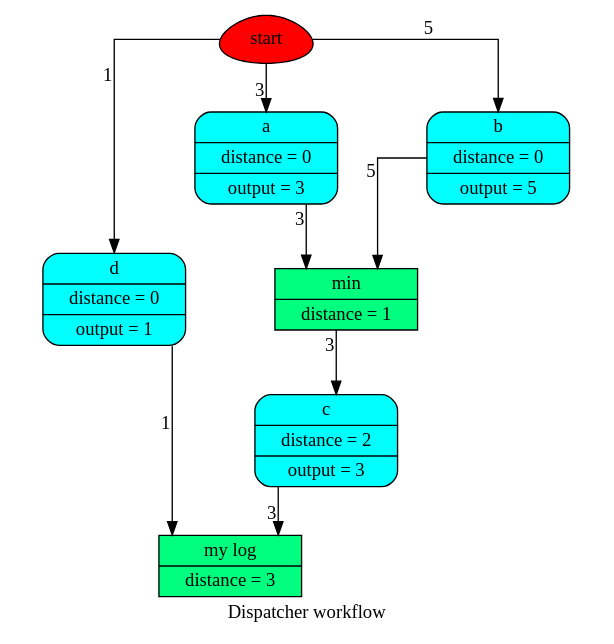
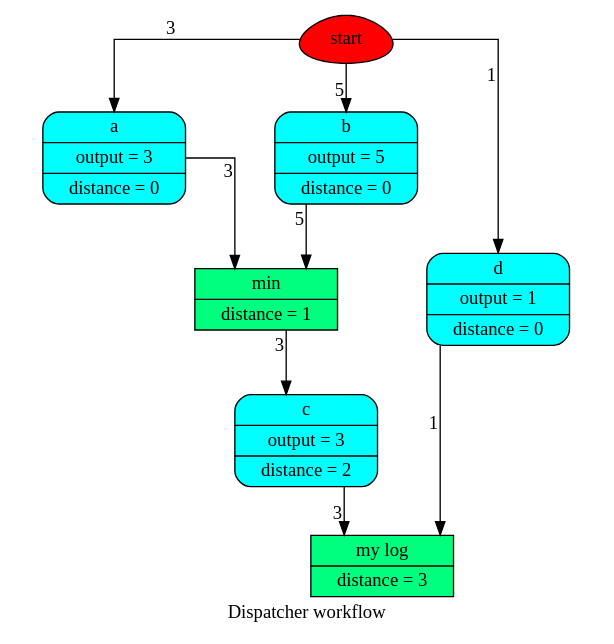
Before and after one commit to vinci1it2000/schedula: the diagram in doc/source/dispatcher/__init__/dispatch/wf3.dot, drawn with Graphviz. The commit also changed 127 other files, not shown here.

```diff
--- a/doc/source/dispatcher/__init__/dispatch/wf3.dot
+++ b/doc/source/dispatcher/__init__/dispatch/wf3.dot
@@ -1,21 +1,21 @@
 digraph Dispatcher {
 	graph [ratio=1]
 	node [style=filled]
+	splines = ortho
 	label = "Dispatcher workflow"
-	splines = ortho
-		Dispatcher_4373721400 [label=start fillcolor=red shape=egg]
-		Dispatcher_4028652557604299651 [label="{ d | distance = 0 | output = 1 }" fillcolor=cyan shape=Mrecord]
-		"Dispatcher_-7507378464262976571" [label="{ min | distance = 1 }" fillcolor=springgreen shape=record]
-		"Dispatcher_-1739731674132073175" [label="{ c | distance = 2 | output = 3 }" fillcolor=cyan shape=Mrecord]
-		"Dispatcher_-8503278920192876870" [label="{ a | distance = 0 | output = 3 }" fillcolor=cyan shape=Mrecord]
-		"Dispatcher_-3117625956851900853" [label="{ b | distance = 0 | output = 5 }" fillcolor=cyan shape=Mrecord]
-		Dispatcher_760629238729994844 [label="{ my log | distance = 3 }" fillcolor=springgreen shape=record]
-			Dispatcher_4028652557604299651 -> Dispatcher_760629238729994844 [xlabel=1]
-			"Dispatcher_-7507378464262976571" -> "Dispatcher_-1739731674132073175" [xlabel=3]
-			Dispatcher_4373721400 -> "Dispatcher_-8503278920192876870" [xlabel=3]
-			Dispatcher_4373721400 -> "Dispatcher_-3117625956851900853" [xlabel=5]
-			Dispatcher_4373721400 -> Dispatcher_4028652557604299651 [xlabel=1]
-			"Dispatcher_-1739731674132073175" -> Dispatcher_760629238729994844 [xlabel=3]
-			"Dispatcher_-8503278920192876870" -> "Dispatcher_-7507378464262976571" [xlabel=3]
-			"Dispatcher_-3117625956851900853" -> "Dispatcher_-7507378464262976571" [xlabel=5]
+		Dispatcher_4371534136 [label=start fillcolor=red shape=egg]
+		Dispatcher_1674253456152474721 [label="{ a | output = 3 | distance = 0 }" fillcolor=cyan shape=Mrecord]
+		"Dispatcher_-3880668967023091642" [label="{ my log | distance = 3 }" fillcolor=springgreen shape=record]
+		"Dispatcher_-8148864136927155498" [label="{ min | distance = 1 }" fillcolor=springgreen shape=record]
+		"Dispatcher_-6274141345031817014" [label="{ b | output = 5 | distance = 0 }" fillcolor=cyan shape=Mrecord]
+		"Dispatcher_-6575553139397358114" [label="{ d | output = 1 | distance = 0 }" fillcolor=cyan shape=Mrecord]
+		Dispatcher_4736239098108350630 [label="{ c | output = 3 | distance = 2 }" fillcolor=cyan shape=Mrecord]
+			Dispatcher_1674253456152474721 -> "Dispatcher_-8148864136927155498" [xlabel=3]
+			"Dispatcher_-8148864136927155498" -> Dispatcher_4736239098108350630 [xlabel=3]
+			Dispatcher_4371534136 -> Dispatcher_1674253456152474721 [xlabel=3]
+			Dispatcher_4371534136 -> "Dispatcher_-6274141345031817014" [xlabel=5]
+			Dispatcher_4371534136 -> "Dispatcher_-6575553139397358114" [xlabel=1]
+			"Dispatcher_-6274141345031817014" -> "Dispatcher_-8148864136927155498" [xlabel=5]
+			"Dispatcher_-6575553139397358114" -> "Dispatcher_-3880668967023091642" [xlabel=1]
+			Dispatcher_4736239098108350630 -> "Dispatcher_-3880668967023091642" [xlabel=3]
 }
```
